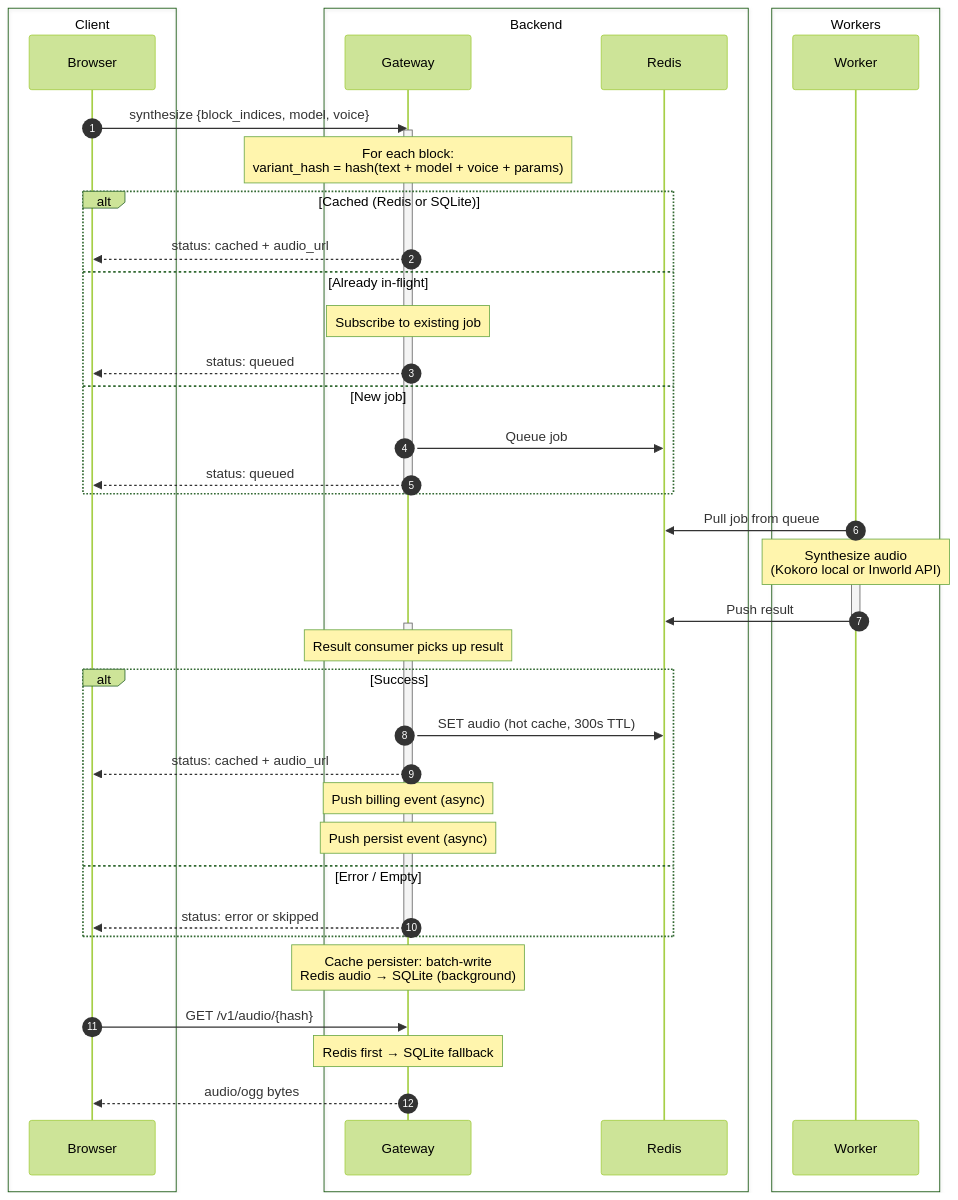
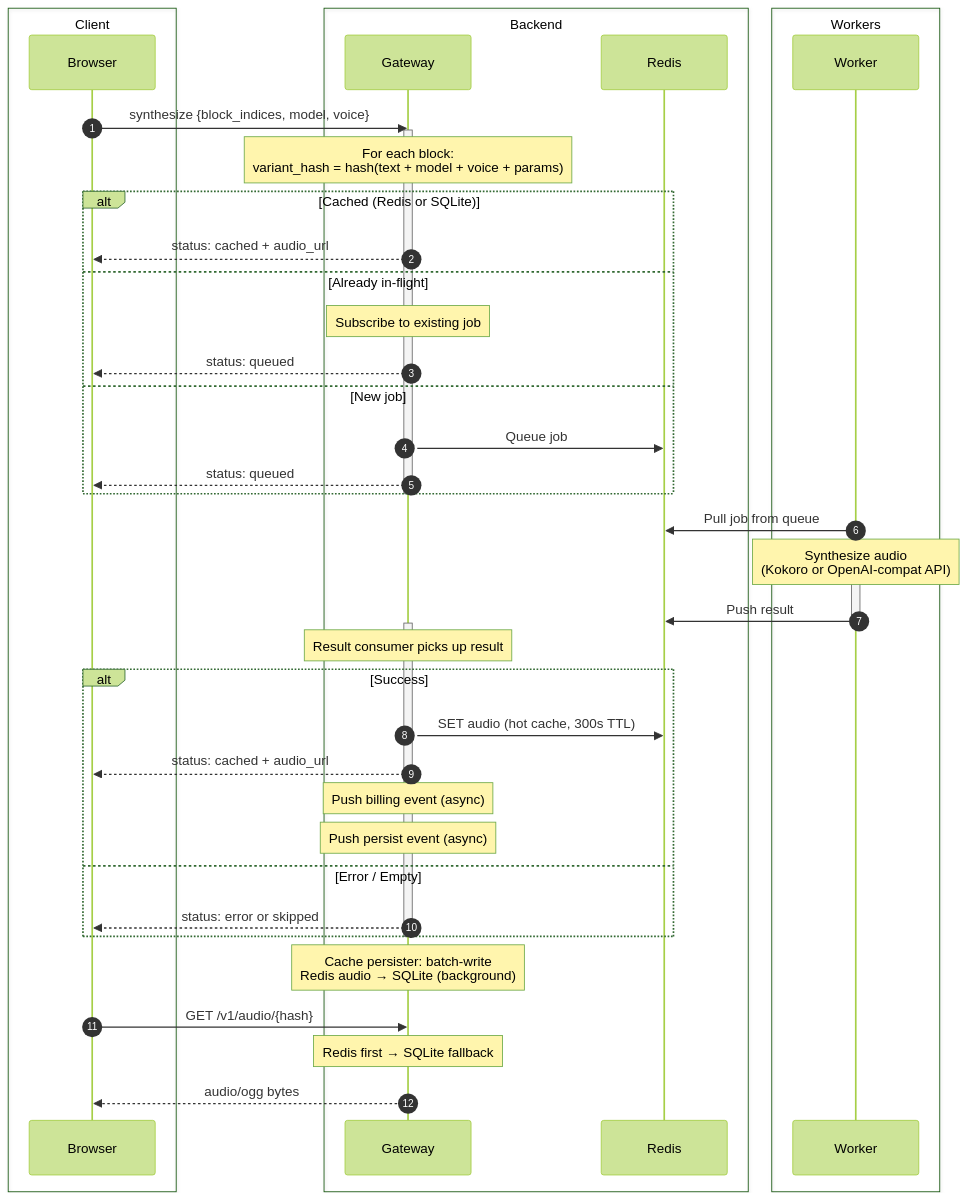
The fifth of 7 diagrams in docs/architecture.md (yapit-tts/yapit), drawn with Mermaid (forest theme) before and after one commit. The commit also changed other lines of this file and 51 other files, not shown here.

````diff
--- a/docs/architecture.md
+++ b/docs/architecture.md
@@ -182,56 +180,56 @@
 ```mermaid
 sequenceDiagram
     autonumber
 
     box Client
         participant Browser
     end
     box Backend
         participant Gateway
         participant Redis
     end
     box Workers
         participant Worker
     end
 
     Browser->>Gateway: synthesize {block_indices, model, voice}
     activate Gateway
 
     Note over Gateway: For each block:<br/>variant_hash = hash(text + model + voice + params)
 
     alt Cached (Redis or SQLite)
         Gateway-->>Browser: status: cached + audio_url
     else Already in-flight
         Note over Gateway: Subscribe to existing job
         Gateway-->>Browser: status: queued
     else New job
         Gateway->>Redis: Queue job
         Gateway-->>Browser: status: queued
     end
     deactivate Gateway
 
     Worker->>Redis: Pull job from queue
     activate Worker
-    Note over Worker: Synthesize audio<br/>(Kokoro local or Inworld API)
+    Note over Worker: Synthesize audio<br/>(Kokoro or OpenAI-compat API)
     Worker->>Redis: Push result
     deactivate Worker
 
     activate Gateway
     Note over Gateway: Result consumer picks up result
 
     alt Success
         Gateway->>Redis: SET audio (hot cache, 300s TTL)
         Gateway-->>Browser: status: cached + audio_url
         Note over Gateway: Push billing event (async)
         Note over Gateway: Push persist event (async)
     else Error / Empty
         Gateway-->>Browser: status: error or skipped
     end
     deactivate Gateway
 
     Note over Gateway: Cache persister: batch-write<br/>Redis audio → SQLite (background)
 
     Browser->>Gateway: GET /v1/audio/{hash}
     Note over Gateway: Redis first → SQLite fallback
     Gateway-->>Browser: audio/ogg bytes
 ```
````
